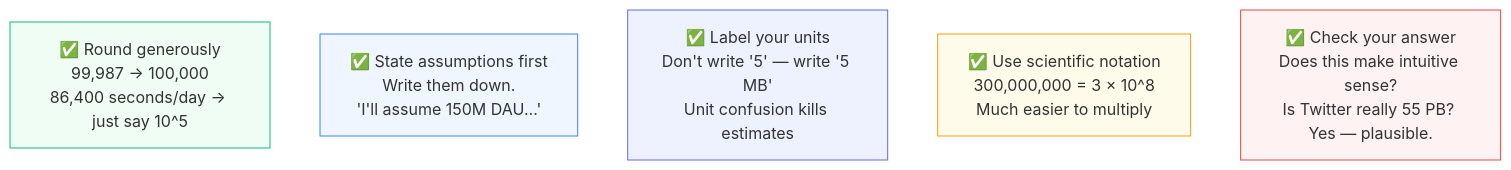
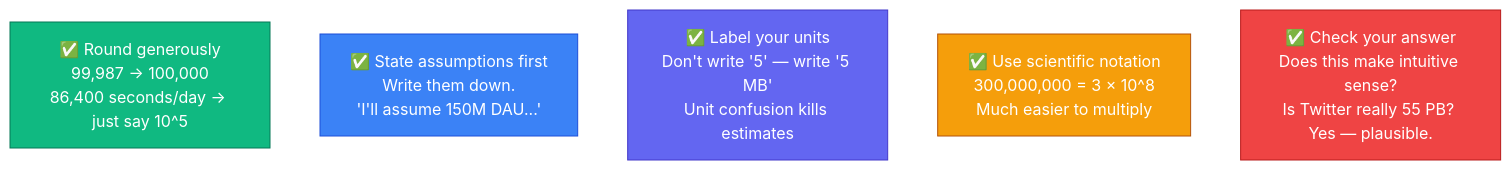
The ninth of 10 diagrams in content/posts/2026/back-of-the-envelope-estimation.md (devops-monk/system-design-blog), drawn with Mermaid before and after one commit. The commit also changed other lines of this file and 5 other files, not shown here.

````diff
--- a/content/posts/2026/back-of-the-envelope-estimation.md
+++ b/content/posts/2026/back-of-the-envelope-estimation.md
@@ -498,14 +537,14 @@
 ```mermaid
 flowchart TD
     T1["✅ Round generously\n99,987 → 100,000\n86,400 seconds/day → just say 10^5"]
     T2["✅ State assumptions first\nWrite them down.\n'I'll assume 150M DAU...'"]
     T3["✅ Label your units\nDon't write '5' — write '5 MB'\nUnit confusion kills estimates"]
     T4["✅ Use scientific notation\n300,000,000 = 3 × 10^8\nMuch easier to multiply"]
     T5["✅ Check your answer\nDoes this make intuitive sense?\nIs Twitter really 55 PB? Yes — plausible."]
 
-    style T1 fill:#F0FDF4,stroke:#10B981
-    style T2 fill:#EFF6FF,stroke:#3B82F6
-    style T3 fill:#EEF2FF,stroke:#6366F1
-    style T4 fill:#FFFBEB,stroke:#F59E0B
-    style T5 fill:#FEF2F2,stroke:#EF4444
+    style T1 fill:#10B981,stroke:#047857,color:#fff
+    style T2 fill:#3B82F6,stroke:#1D4ED8,color:#fff
+    style T3 fill:#6366F1,stroke:#4338CA,color:#fff
+    style T4 fill:#F59E0B,stroke:#B45309,color:#fff
+    style T5 fill:#EF4444,stroke:#B91C1C,color:#fff
 ```
````
